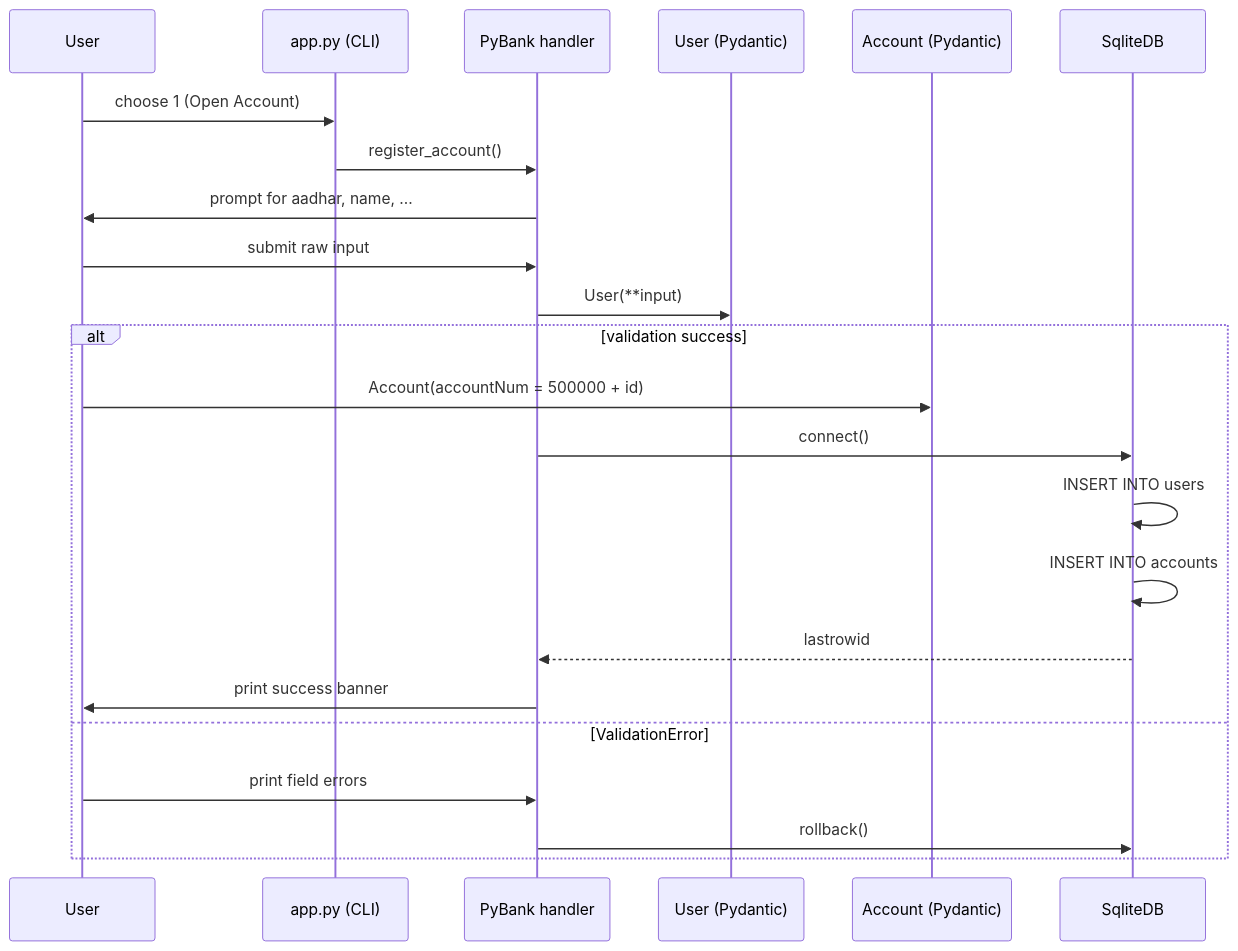
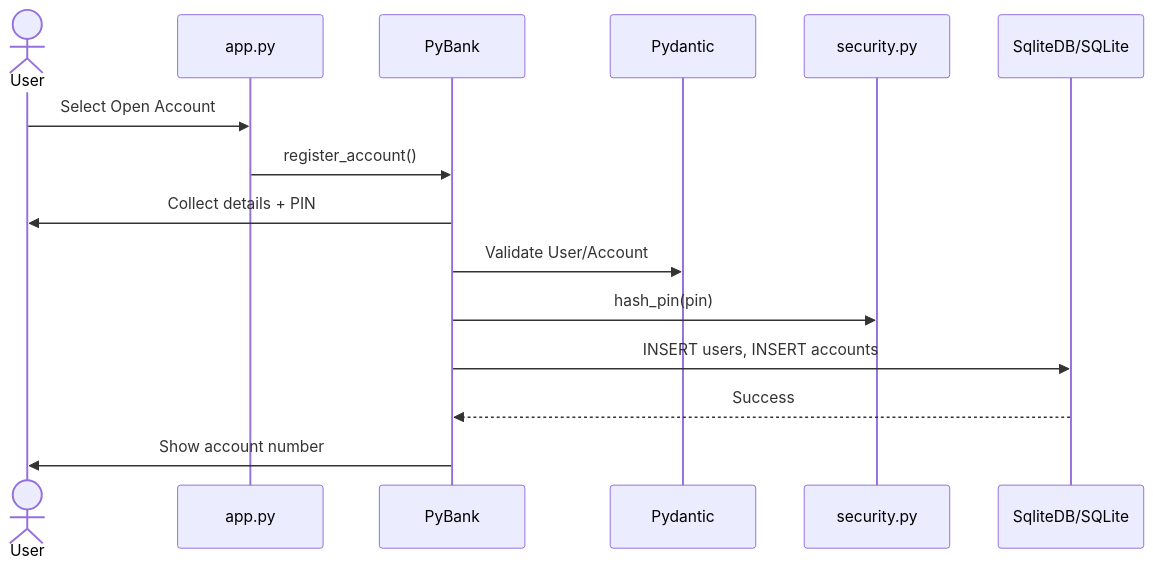
One commit to anupmika/pybank changed the fourth of 5 diagrams in docs/architecture.md. Above: the diagram before and after it, drawn with Mermaid. The commit also changed other lines of this file and 2 other files, not shown here.

````diff
--- a/docs/architecture.md
+++ b/docs/architecture.md
@@ -147,26 +102,18 @@
 ```mermaid
 sequenceDiagram
-    participant User
-    participant App as app.py (CLI)
-    participant Bank as PyBank handler
-    participant UserModel as User (Pydantic)
-    participant AccModel as Account (Pydantic)
-    participant DB as SqliteDB
+    actor User
+    participant CLI as app.py
+    participant PB as PyBank
+    participant Val as Pydantic
+    participant Sec as security.py
+    participant DB as SqliteDB/SQLite
 
-    User->>App: choose 1 (Open Account)
-    App->>Bank: register_account()
-    Bank->>User: prompt for aadhar, name, ...
-    User->>Bank: submit raw input
-    Bank->>UserModel: User(**input)
-    alt validation success
-        User->>AccModel: Account(accountNum = 500000 + id)
-        Bank->>DB: connect()
-        DB->>DB: INSERT INTO users
-        DB->>DB: INSERT INTO accounts
-        DB-->>Bank: lastrowid
-        Bank->>User: print success banner
-    else ValidationError
-        User->>Bank: print field errors
-        Bank->>DB: rollback()
-    end
+    User->>CLI: Select Open Account
+    CLI->>PB: register_account()
+    PB->>User: Collect details + PIN
+    PB->>Val: Validate User/Account
+    PB->>Sec: hash_pin(pin)
+    PB->>DB: INSERT users, INSERT accounts
+    DB-->>PB: Success
+    PB->>User: Show account number
 ```
````
